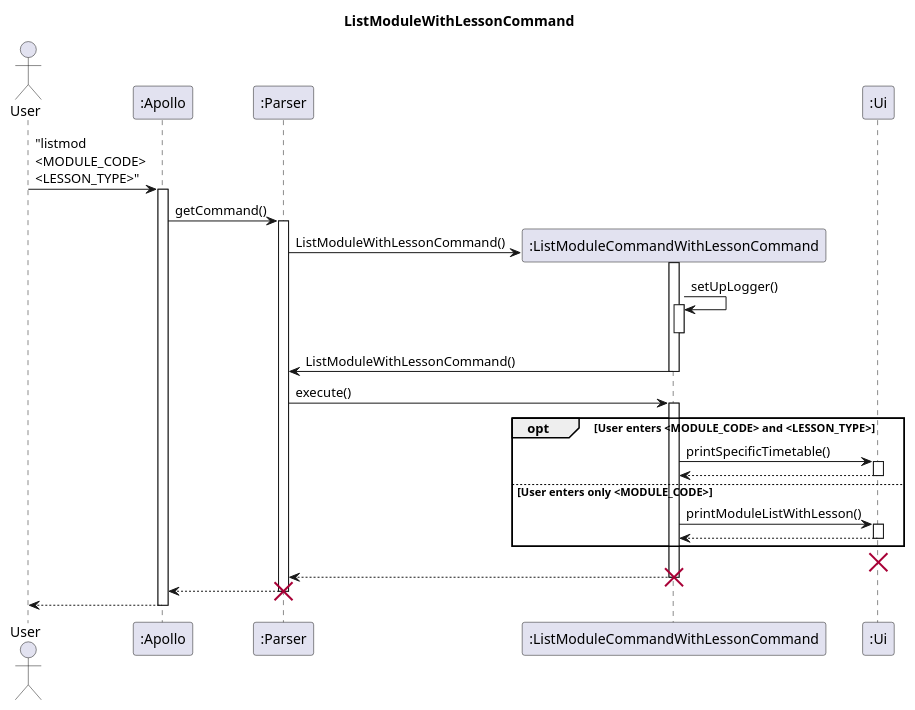
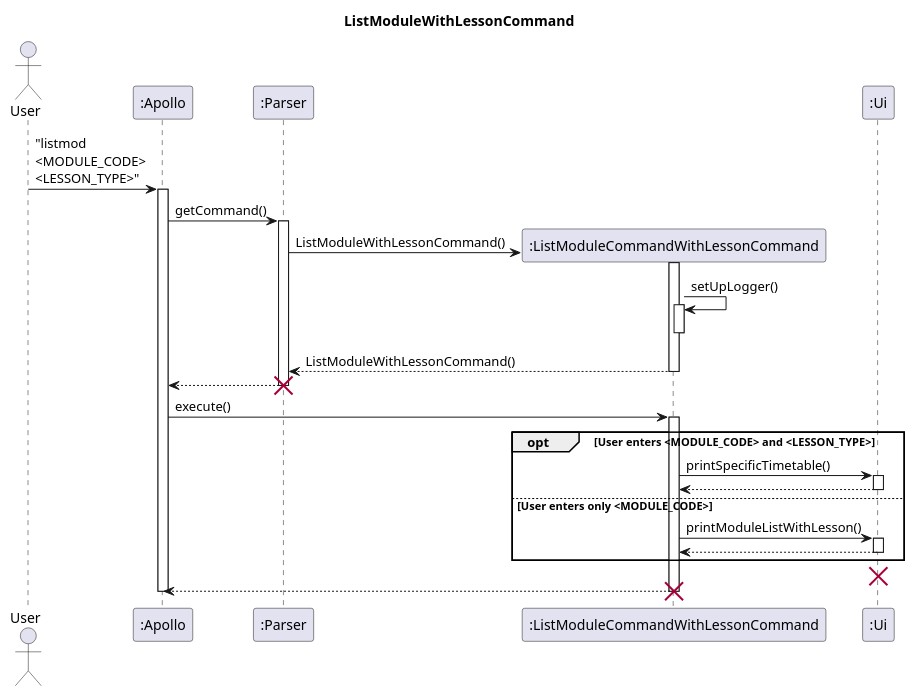
The diagram in docs/uml-source/ListModuleWithLessonCommand.puml (nus-cs2113-AY2223S2/tp), drawn with PlantUML before and after one commit.

Commit message:
Update according to comments

```diff
--- a/docs/uml-source/ListModuleWithLessonCommand.puml
+++ b/docs/uml-source/ListModuleWithLessonCommand.puml
@@ -1,67 +1,68 @@
 @startuml
 'https://plantuml.com/sequence-diagram
 
 skinparam maxMessageSize 150
 
 title ListModuleWithLessonCommand
 
 actor User
 
 participant ":Apollo" as Apollo
 participant ":Parser" as Parser
 participant ":ListModuleCommandWithLessonCommand" as ListMod
 participant ":Ui" as Ui
 
 User -> Apollo : "listmod <MODULE_CODE> <LESSON_TYPE>"
 
 activate Apollo
 Apollo -> Parser : getCommand()
 activate Parser
 
 Parser -> ListMod** : ListModuleWithLessonCommand()
 activate ListMod
 
 ListMod -> ListMod : setUpLogger()
 activate ListMod
 deactivate ListMod
 
-ListMod -> Parser : ListModuleWithLessonCommand()
+ListMod --> Parser : ListModuleWithLessonCommand()
 deactivate ListMod
 
-Parser -> ListMod : execute()
+Parser --> Apollo
+deactivate Parser
+destroy Parser
+
+Apollo -> ListMod : execute()
 activate ListMod
 
 opt User enters <MODULE_CODE> and <LESSON_TYPE>
 ListMod -> Ui : printSpecificTimetable()
 
 activate Ui
 Ui --> ListMod
 deactivate Ui
 
 else User enters only <MODULE_CODE>
 ListMod -> Ui : printModuleListWithLesson()
 
 activate Ui
 Ui --> ListMod
 deactivate Ui
 
-end 
+end
 
 destroy Ui
 
-ListMod --> Parser
+ListMod --> Apollo
+
 deactivate ListMod
 destroy ListMod
 
-Parser --> Apollo
-deactivate Parser
-destroy Parser
 
-Apollo --> User
 deactivate Apollo
 
 
 
 
 
 @enduml
```
